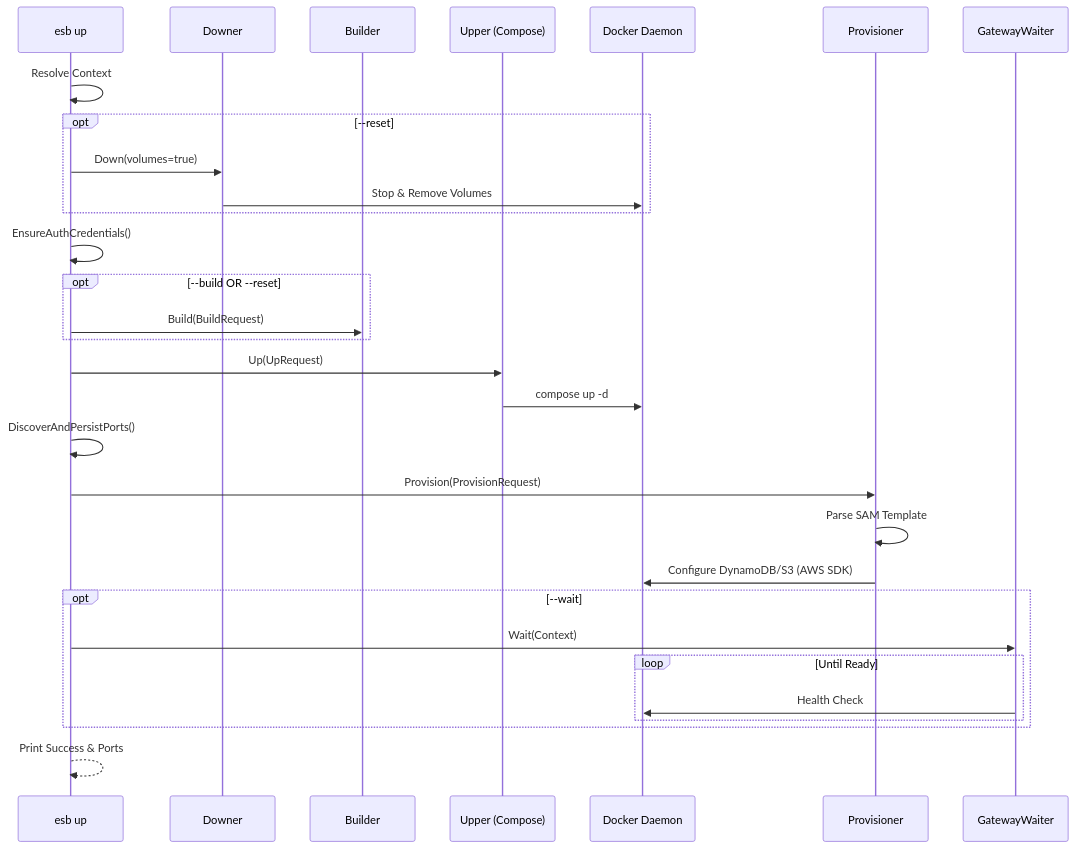
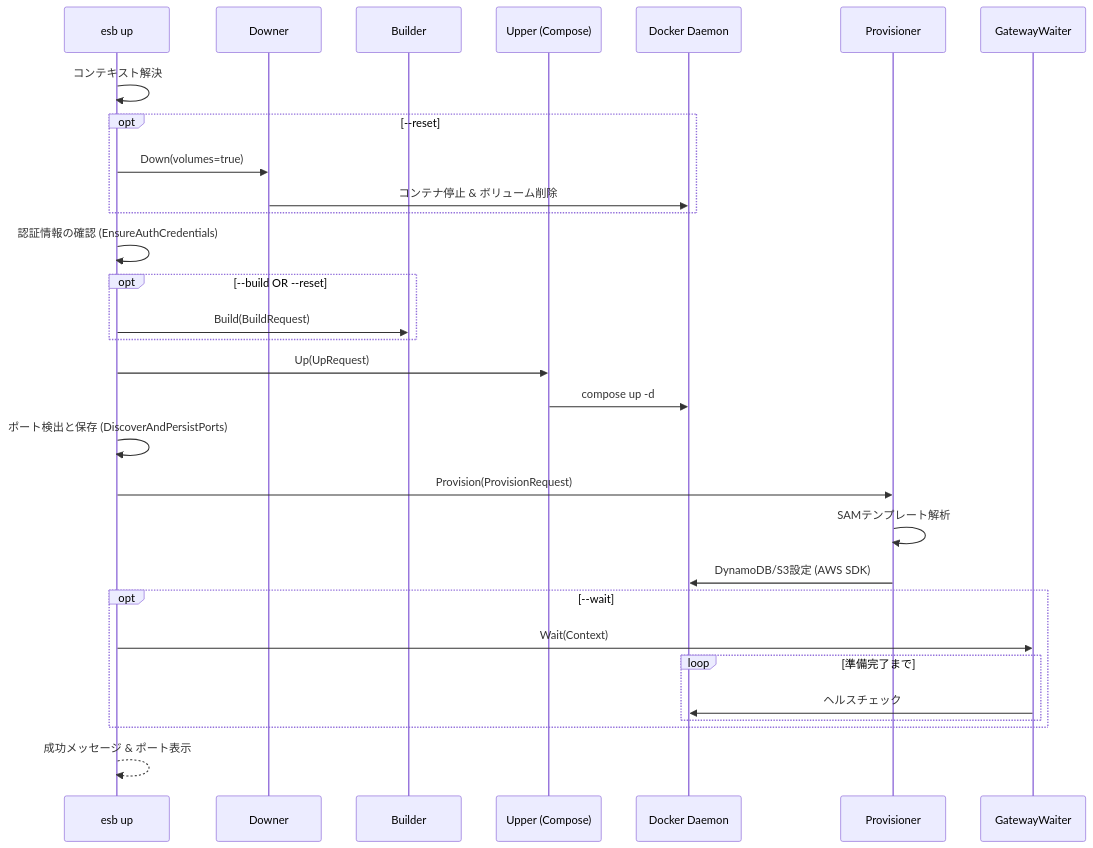
Before and after one commit to poruru-code/esb-cli: the diagram in docs/up.md, drawn with Mermaid. The commit also changed other lines of this file and 12 other files, not shown here.

First line of the commit message:
Translate CLI documentation to Japanese and fix Mermaid syntax

````diff
--- a/docs/up.md
+++ b/docs/up.md
@@ -42,41 +42,41 @@
 ```mermaid
 sequenceDiagram
     participant CLI as esb up
     participant Downer as Downer
     participant Builder as Builder
     participant Upper as Upper (Compose)
     participant Docker as Docker Daemon
     participant Provisioner as Provisioner
     participant Waiter as GatewayWaiter
 
-    CLI->>CLI: Resolve Context
+    CLI->>CLI: コンテキスト解決
 
     opt --reset
         CLI->>Downer: Down(volumes=true)
-        Downer->>Docker: Stop & Remove Volumes
+        Downer->>Docker: コンテナ停止 & ボリューム削除
     end
 
-    CLI->>CLI: EnsureAuthCredentials()
+    CLI->>CLI: 認証情報の確認 (EnsureAuthCredentials)
 
     opt --build OR --reset
         CLI->>Builder: Build(BuildRequest)
     end
 
     CLI->>Upper: Up(UpRequest)
     Upper->>Docker: compose up -d
 
-    CLI->>CLI: DiscoverAndPersistPorts()
+    CLI->>CLI: ポート検出と保存 (DiscoverAndPersistPorts)
 
     CLI->>Provisioner: Provision(ProvisionRequest)
-    Provisioner->>Provisioner: Parse SAM Template
-    Provisioner->>Docker: Configure DynamoDB/S3 (AWS SDK)
+    Provisioner->>Provisioner: SAMテンプレート解析
+    Provisioner->>Docker: DynamoDB/S3設定 (AWS SDK)
 
     opt --wait
         CLI->>Waiter: Wait(Context)
-        loop Until Ready
-            Waiter->>Docker: Health Check
+        loop 準備完了まで
+            Waiter->>Docker: ヘルスチェック
         end
     end
 
-    CLI-->>CLI: Print Success & Ports
+    CLI-->>CLI: 成功メッセージ & ポート表示
 ```
````
